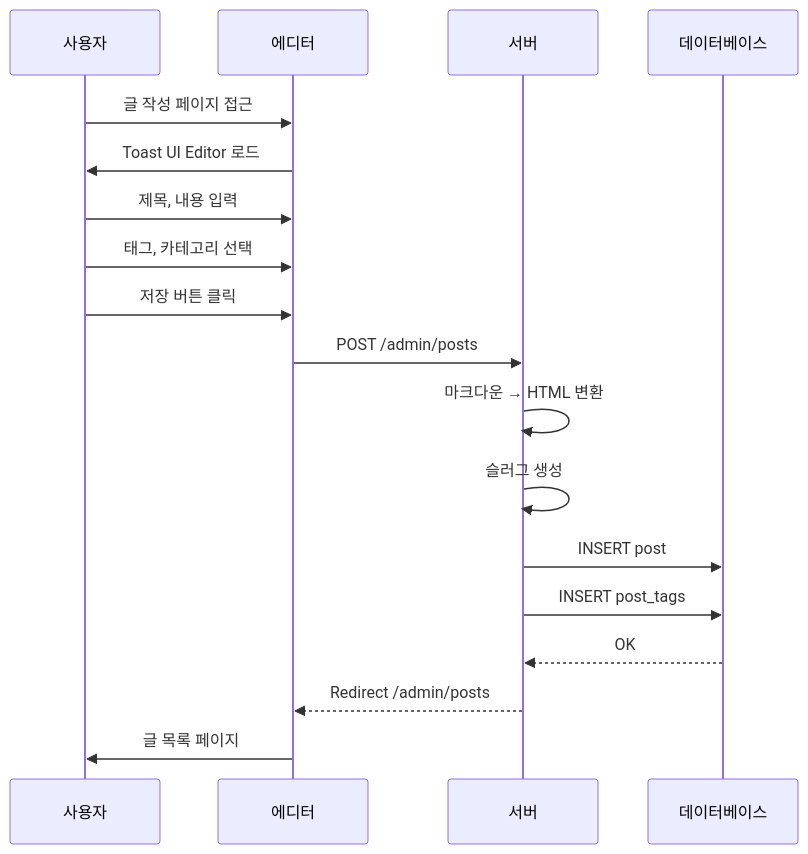
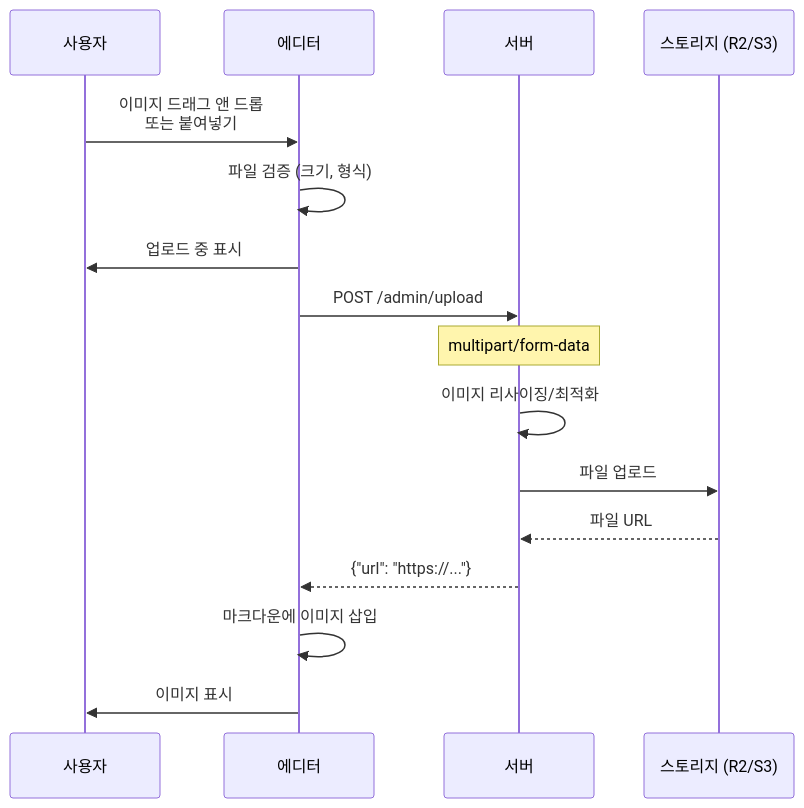
Diagram 12 of 17 in docs/design/screen-flow.md (Uginim/gnajournal), drawn with Mermaid before and after one commit. The commit also changed other lines of this file and 9 other files, not shown here.

````diff
--- a/docs/design/screen-flow.md
+++ b/docs/design/screen-flow.md
@@ -52,23 +401,22 @@
 ```mermaid
 sequenceDiagram
     participant User as 사용자
     participant Editor as 에디터
     participant Server as 서버
-    participant DB as 데이터베이스
+    participant Storage as 스토리지 (R2/S3)
 
-    User->>Editor: 글 작성 페이지 접근
-    Editor->>User: Toast UI Editor 로드
+    User->>Editor: 이미지 드래그 앤 드롭<br/>또는 붙여넣기
+    Editor->>Editor: 파일 검증 (크기, 형식)
+    Editor->>User: 업로드 중 표시
 
-    User->>Editor: 제목, 내용 입력
-    User->>Editor: 태그, 카테고리 선택
-    User->>Editor: 저장 버튼 클릭
+    Editor->>Server: POST /admin/upload
+    Note over Server: multipart/form-data
 
-    Editor->>Server: POST /admin/posts
-    Server->>Server: 마크다운 → HTML 변환
-    Server->>Server: 슬러그 생성
-    Server->>DB: INSERT post
-    Server->>DB: INSERT post_tags
-    DB-->>Server: OK
-    Server-->>Editor: Redirect /admin/posts
-    Editor->>User: 글 목록 페이지
+    Server->>Server: 이미지 리사이징/최적화
+    Server->>Storage: 파일 업로드
+    Storage-->>Server: 파일 URL
+
+    Server-->>Editor: {"url": "https://..."}
+    Editor->>Editor: 마크다운에 이미지 삽입
+    Editor->>User: 이미지 표시
 ```
````
